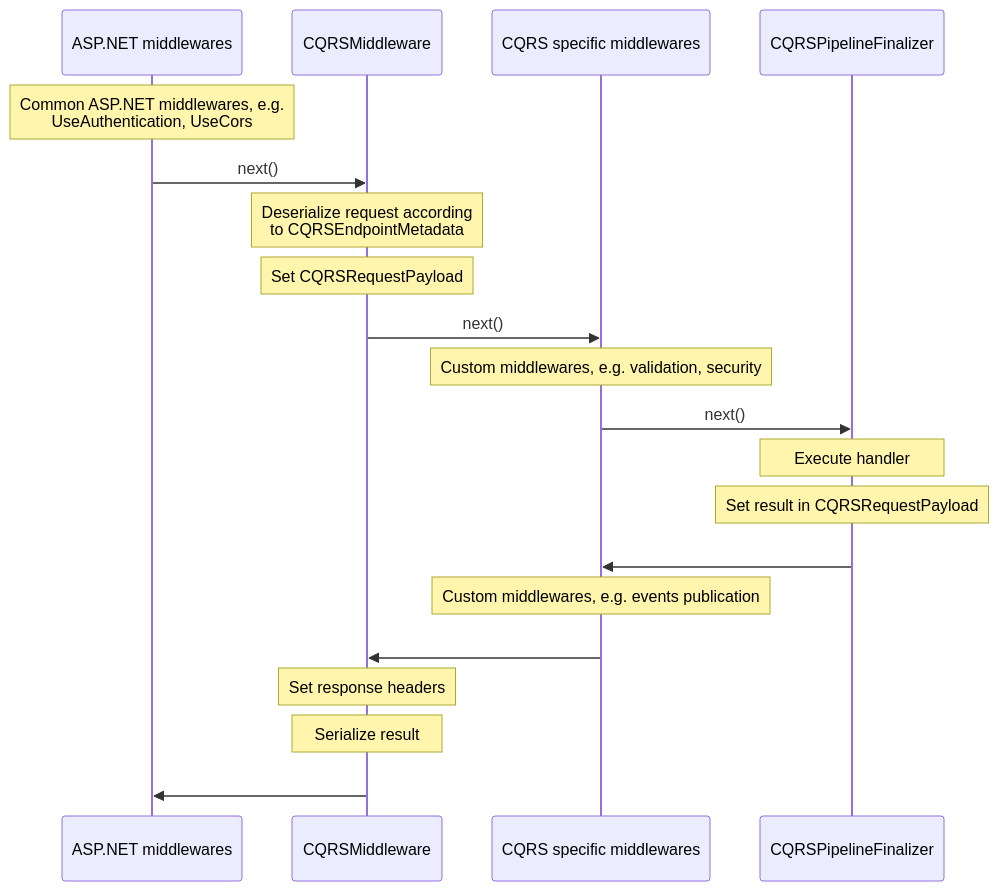
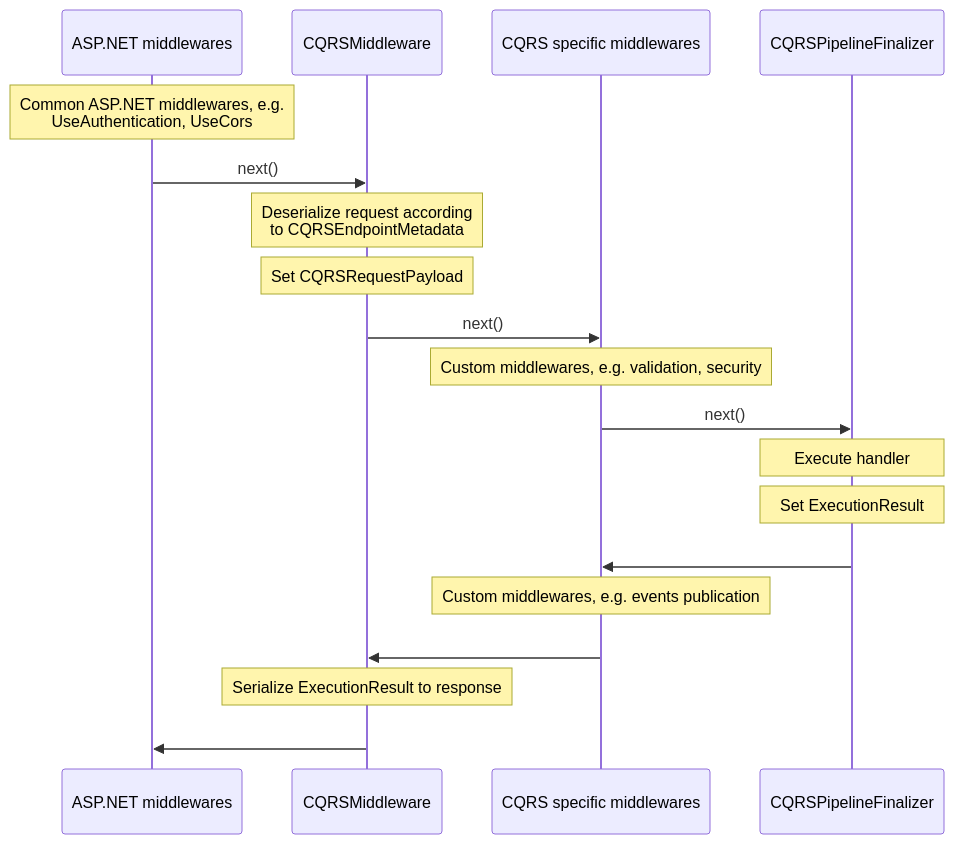
One commit to leancodepl/corelibrary changed the diagram in docs/cqrs/pipeline/index.md. Above: the diagram before and after it, drawn with Mermaid. The commit also changed other lines of this file and 1 other file, not shown here.

````diff
--- a/docs/cqrs/pipeline/index.md
+++ b/docs/cqrs/pipeline/index.md
@@ -103,33 +103,32 @@
 ```mermaid
 sequenceDiagram
     participant aspnet as ASP.NET middlewares
     participant start as CQRSMiddleware
     participant middle as CQRS specific middlewares
     participant final as CQRSPipelineFinalizer
 
     Note over aspnet: Common ASP.NET middlewares, e.g. <br/> UseAuthentication, UseCors
 
     aspnet ->> start: next()
 
     Note over start: Deserialize request according <br/> to CQRSEndpointMetadata
     Note over start: Set CQRSRequestPayload
 
     start ->> middle: next()
     Note over middle: Custom middlewares, e.g. validation, security
 
     middle ->> final: next()
 
     Note over final: Execute handler
-    Note over final: Set result in CQRSRequestPayload
+    Note over final: Set ExecutionResult
 
     final ->> middle: #0160;
     Note over middle: Custom middlewares, e.g. events publication
 
     middle ->> start: #0160;
 
-    Note over start: Set response headers
-    Note over start: Serialize result
+    Note over start: Serialize ExecutionResult to response
 
     start ->> aspnet: #0160;
 
 ```
````
